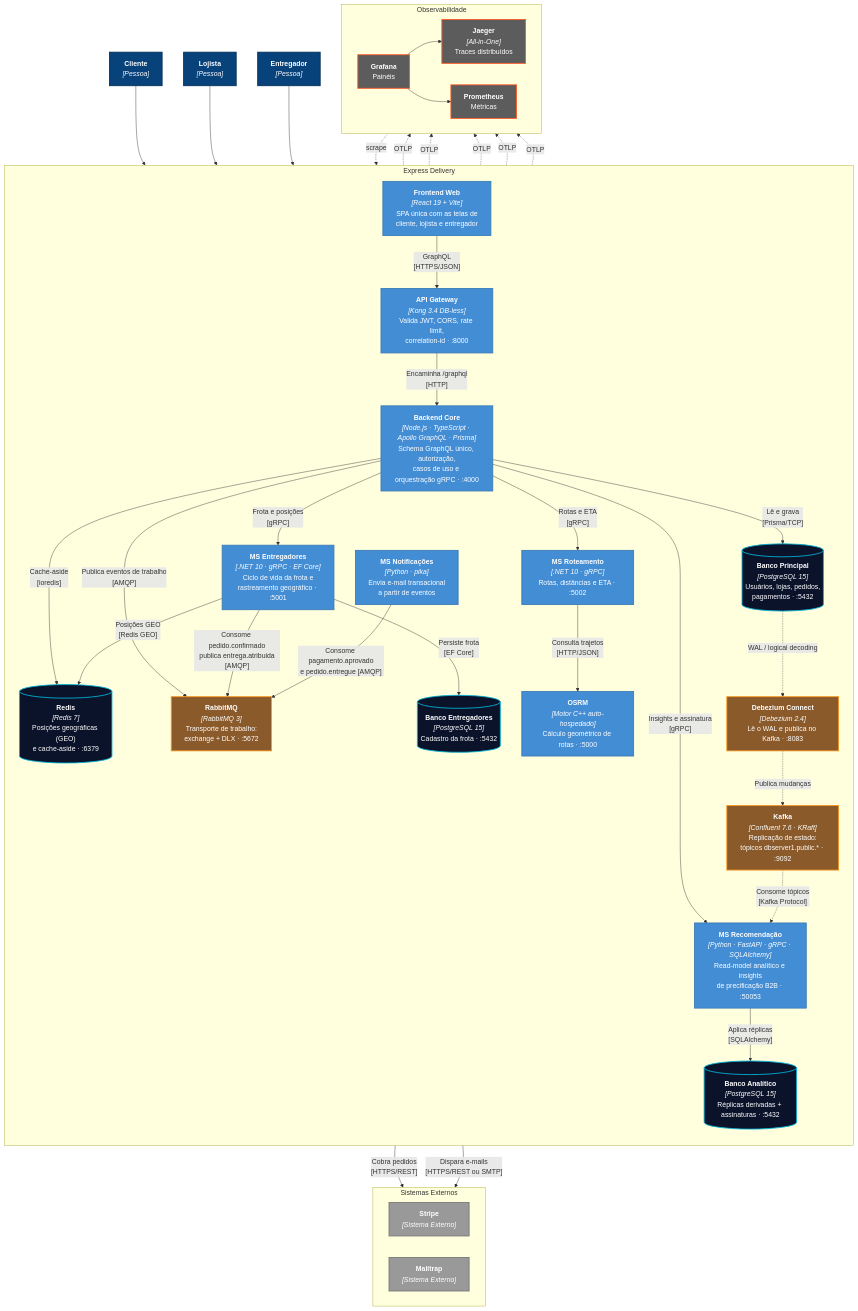
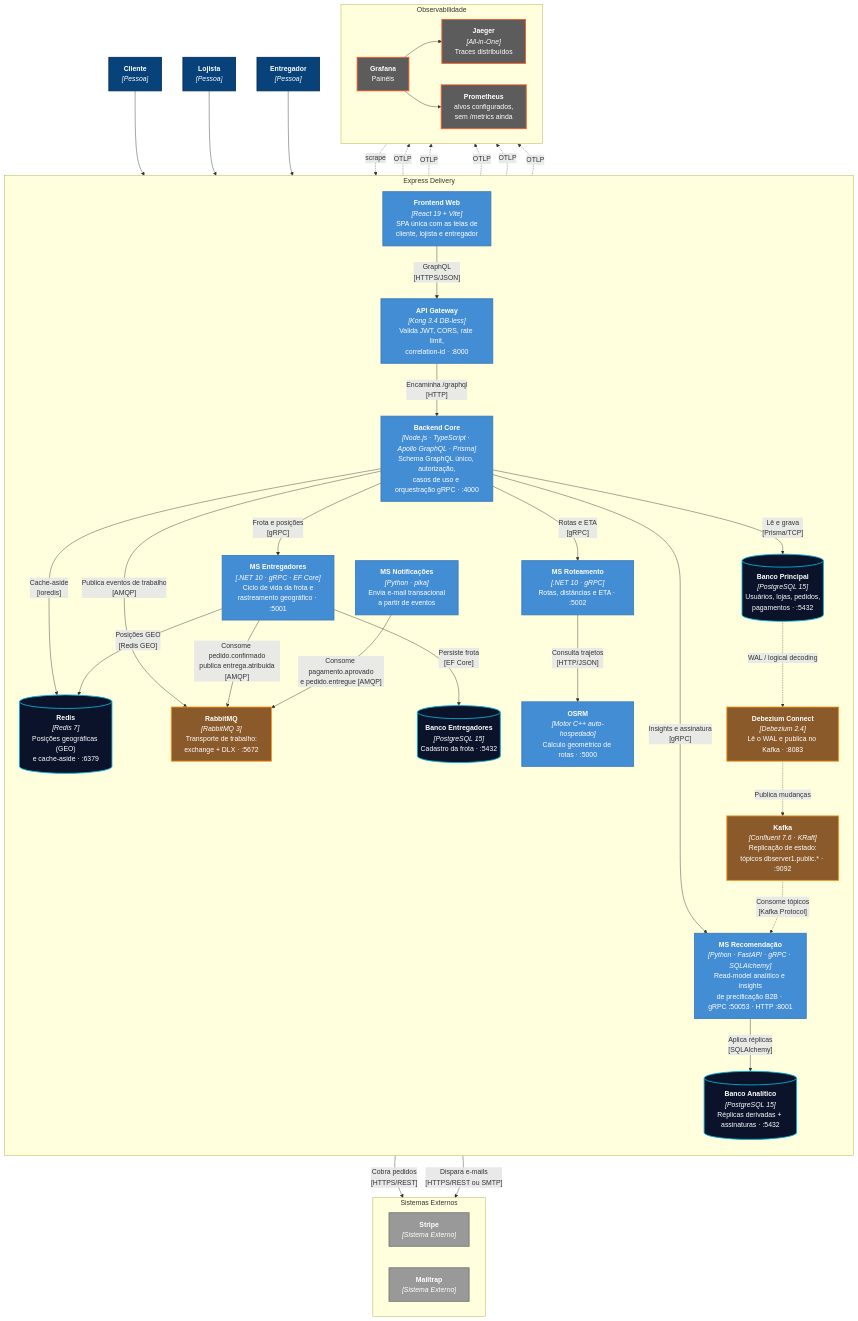
The diagram in docs/diagramas/c2/c4_l2_container.md (arthurair3s/arquitetura-de-software), drawn with Mermaid before and after one commit. The commit also changed 6 other files, not shown here.

```diff
--- a/docs/diagramas/c2/c4_l2_container.md
+++ b/docs/diagramas/c2/c4_l2_container.md
@@ -32,7 +32,7 @@
 
         msent["<b>MS Entregadores</b><br><i>[.NET 10 · gRPC · EF Core]</i><br>Ciclo de vida da frota e<br>rastreamento geográfico · :5001"]:::container
         msrot["<b>MS Roteamento</b><br><i>[.NET 10 · gRPC]</i><br>Rotas, distâncias e ETA · :5002"]:::container
-        msrec["<b>MS Recomendação</b><br><i>[Python · FastAPI · gRPC · SQLAlchemy]</i><br>Read-model analítico e insights<br>de precificação B2B · :50053"]:::container
+        msrec["<b>MS Recomendação</b><br><i>[Python · FastAPI · gRPC · SQLAlchemy]</i><br>Read-model analítico e insights<br>de precificação B2B · gRPC :50053 · HTTP :8001"]:::container
         msnot["<b>MS Notificações</b><br><i>[Python · pika]</i><br>Envia e-mail transacional<br>a partir de eventos"]:::container
 
         pgmain[("<b>Banco Principal</b><br><i>[PostgreSQL 15]</i><br>Usuários, lojas, pedidos,<br>pagamentos · :5432")]:::db
@@ -50,7 +50,7 @@
     subgraph obs ["Observabilidade"]
         direction LR
         jaeger["<b>Jaeger</b><br><i>[All-in-One]</i><br>Traces distribuídos"]:::obs
-        prom["<b>Prometheus</b><br>Métricas"]:::obs
+        prom["<b>Prometheus</b><br>alvos configurados,<br>sem /metrics ainda"]:::obs
         graf["<b>Grafana</b><br>Painéis"]:::obs
     end
 
```
